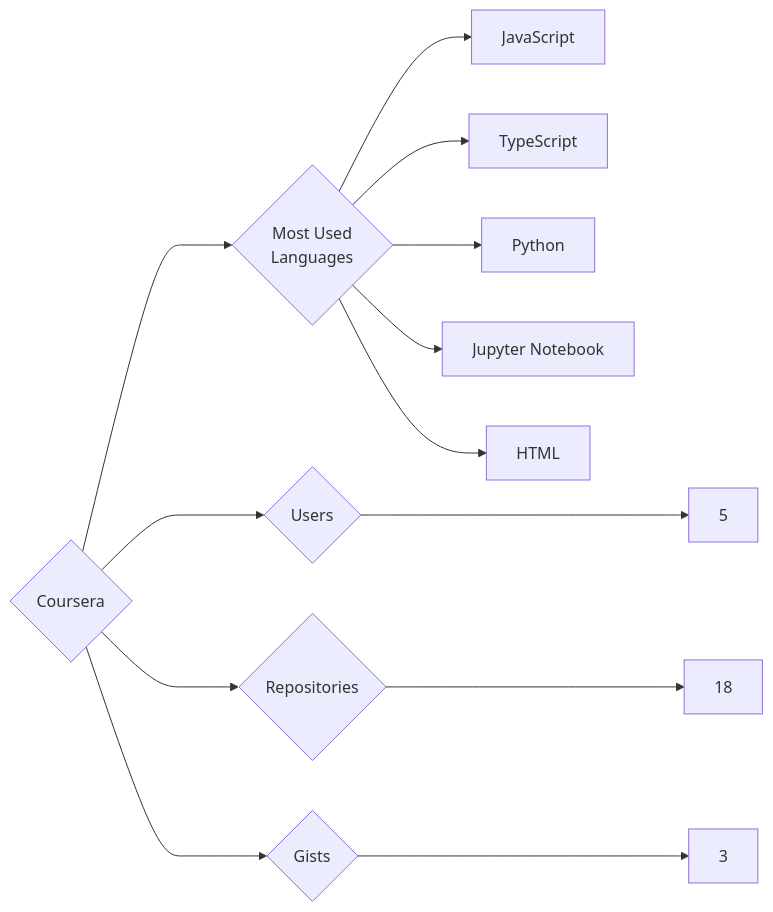
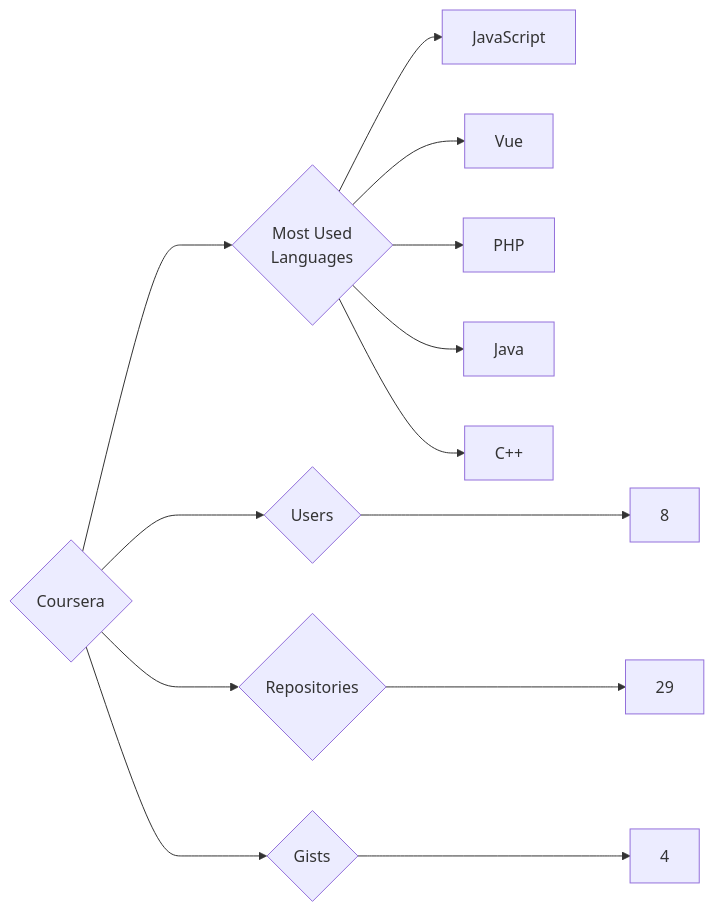
One commit to trickest/insiders changed the diagram in targets/Coursera/README.md. Above: the diagram before and after it, drawn with Mermaid. The commit also changed 998 other files, not shown here.

````diff
--- a/targets/Coursera/README.md
+++ b/targets/Coursera/README.md
@@ -3,13 +3,13 @@
 ```mermaid
 graph LR
 COMPANY_NAME{Coursera}
-COMPANY_NAME ---> U{Users} ---> UN[5]
-COMPANY_NAME ---> R{Repositories} ---> RN[18]
-COMPANY_NAME ---> G{Gists} ---> GN[3]
+COMPANY_NAME ---> U{Users} ---> UN[8]
+COMPANY_NAME ---> R{Repositories} ---> RN[29]
+COMPANY_NAME ---> G{Gists} ---> GN[4]
 COMPANY_NAME ---> ML{Most Used<br>Languages}
 ML --> JavaScript[JavaScript]
-ML --> TypeScript[TypeScript]
-ML --> Python[Python]
-ML --> Jupyter_Notebook[Jupyter Notebook]
-ML --> HTML[HTML]
+ML --> Vue[Vue]
+ML --> PHP[PHP]
+ML --> Java[Java]
+ML --> C++[C++]
 ```
````
